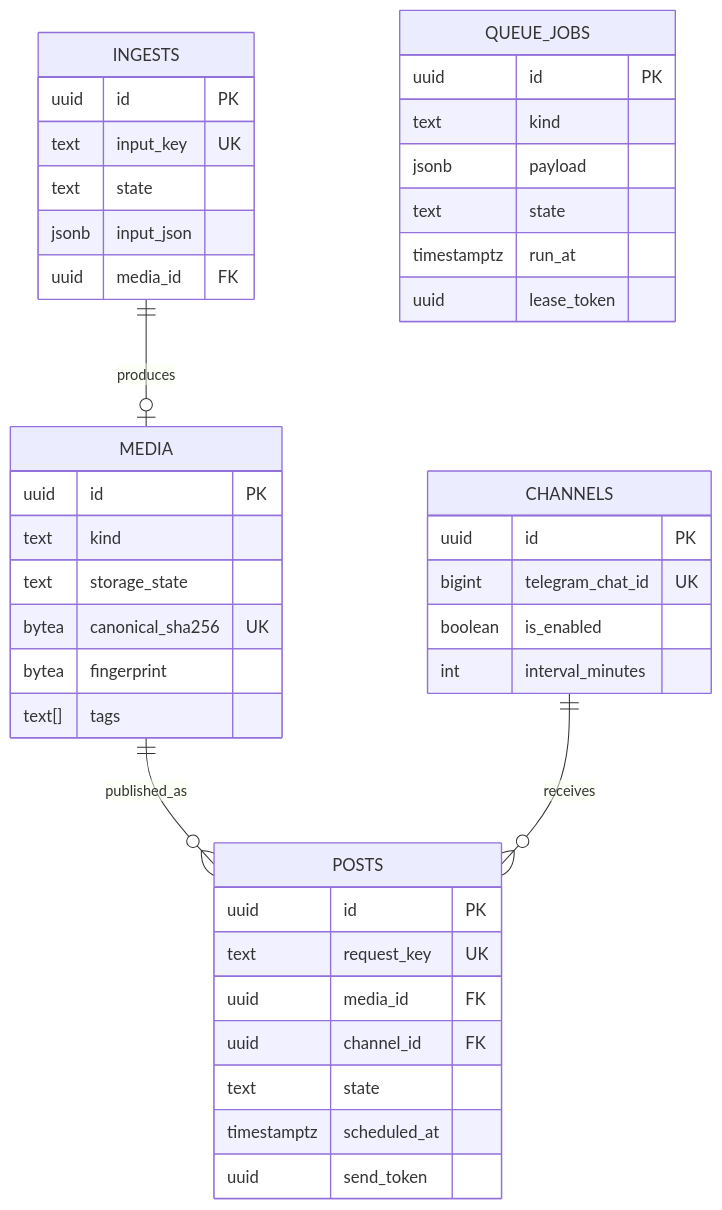
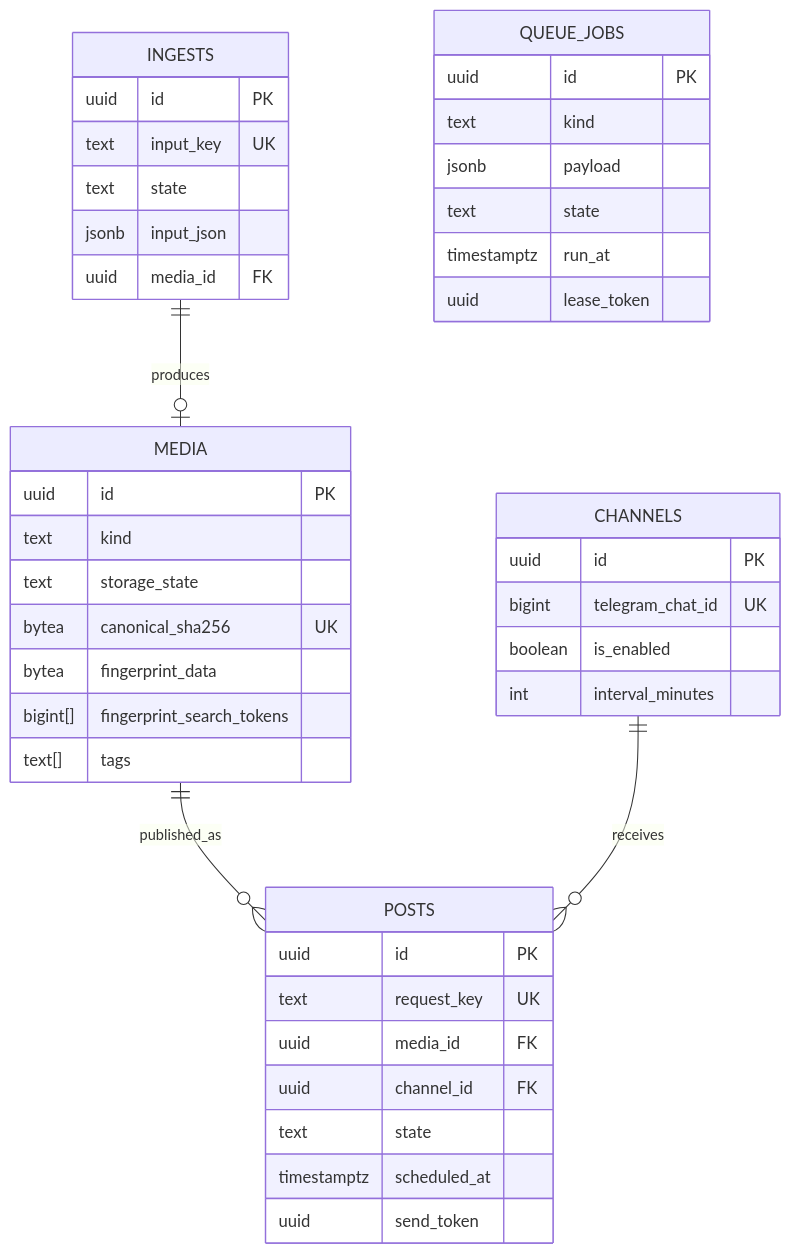
Before and after one commit to godlikedh/sooqa: the first of 2 diagrams in docs/architecture.md, drawn with Mermaid. The commit also changed other lines of this file and 11 other files, not shown here.

Commit message:
feat: add video sequence fingerprint foundation

````diff
--- a/docs/architecture.md
+++ b/docs/architecture.md
@@ -13,44 +13,45 @@
 ```mermaid
 erDiagram
     INGESTS ||--o| MEDIA : produces
     MEDIA ||--o{ POSTS : published_as
     CHANNELS ||--o{ POSTS : receives
     QUEUE_JOBS {
         uuid id PK
         text kind
         jsonb payload
         text state
         timestamptz run_at
         uuid lease_token
     }
     INGESTS {
         uuid id PK
         text input_key UK
         text state
         jsonb input_json
         uuid media_id FK
     }
     MEDIA {
         uuid id PK
         text kind
         text storage_state
         bytea canonical_sha256 UK
-        bytea fingerprint
+        bytea fingerprint_data
+        bigint[] fingerprint_search_tokens
         text[] tags
     }
     CHANNELS {
         uuid id PK
         bigint telegram_chat_id UK
         boolean is_enabled
         int interval_minutes
     }
     POSTS {
         uuid id PK
         text request_key UK
         uuid media_id FK
         uuid channel_id FK
         text state
         timestamptz scheduled_at
         uuid send_token
     }
 ```
````
